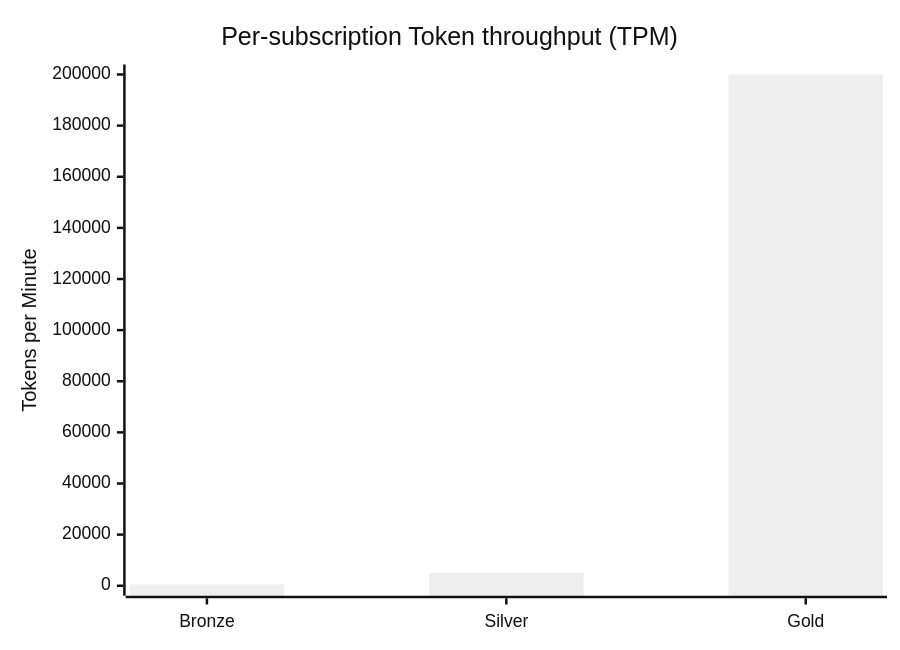
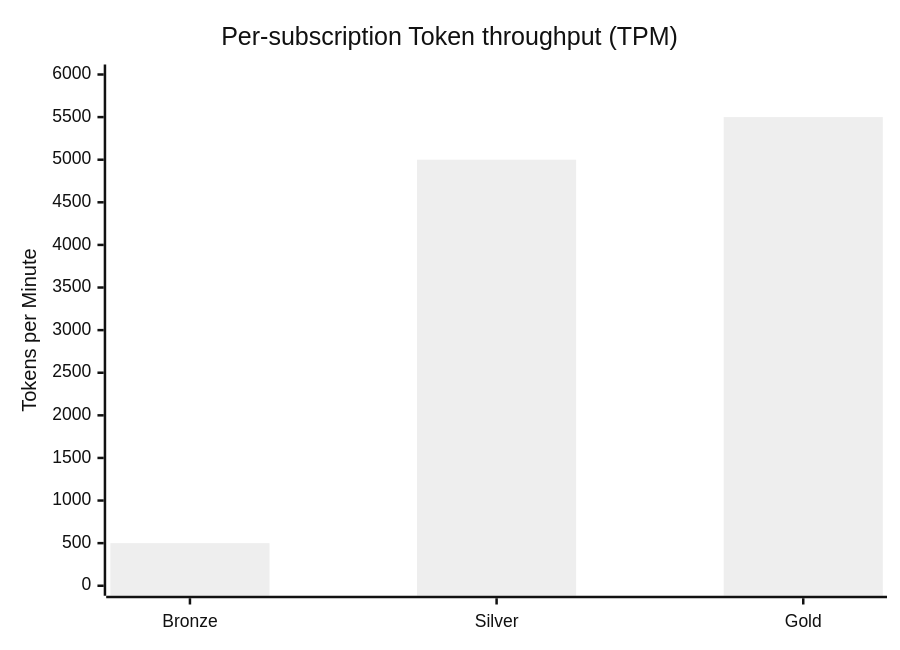
One commit to briandenicola/ai-azure-ai-as-a-service changed the second of 4 diagrams in README.md. Above: the diagram before and after it, drawn with Mermaid (neutral theme). The commit also changed other lines of this file and 36 other files, not shown here.

````diff
--- a/README.md
+++ b/README.md
@@ -158,7 +158,7 @@
 ```mermaid
 xychart-beta
     title "Per-subscription Token throughput (TPM)"
     x-axis ["Bronze", "Silver", "Gold"]
-    y-axis "Tokens per Minute" 0 --> 200000
-    bar [500, 5000, 200000]
+    y-axis "Tokens per Minute" 0 --> 6000
+    bar [500, 5000, 5500]
 ```
````
